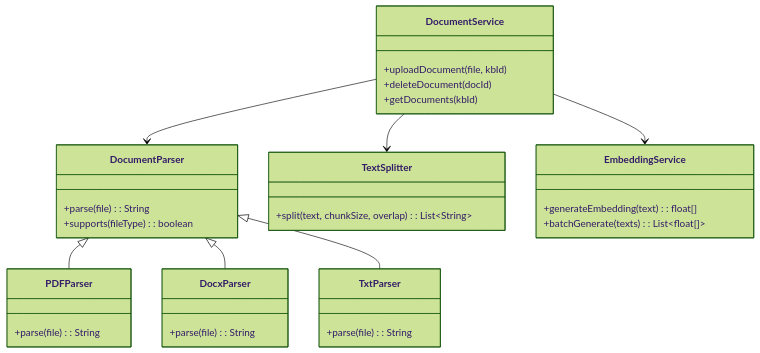
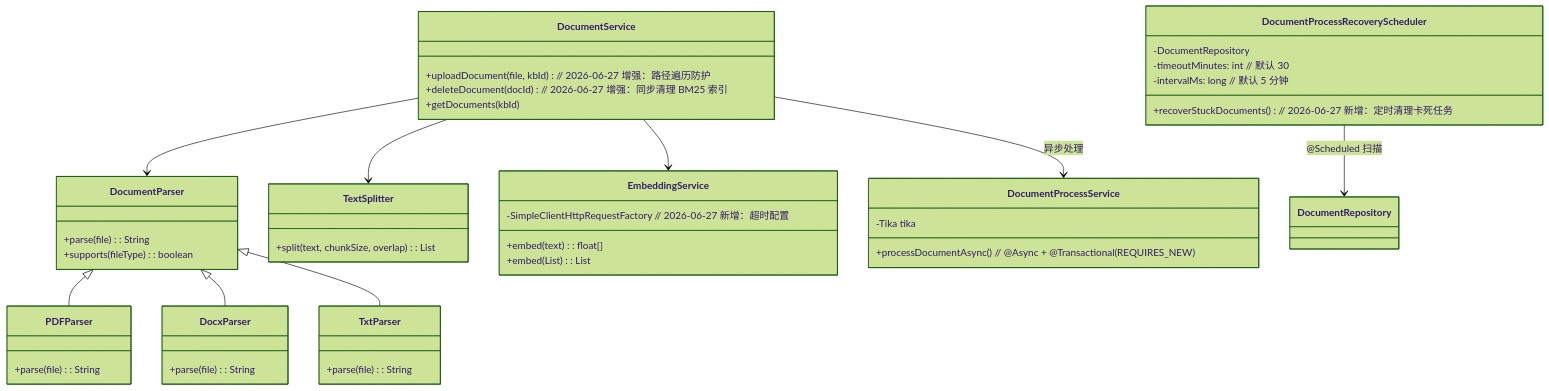
Before and after one commit to Ruadgedy/RAG-demo: the sixth of 13 diagrams in docs/plans/2026-03-15-rag-qa-design.md, drawn with Mermaid (forest theme). The commit also changed other lines of this file and 9 other files, not shown here.

````diff
--- a/docs/plans/2026-03-15-rag-qa-design.md
+++ b/docs/plans/2026-03-15-rag-qa-design.md
@@ -180,41 +248,56 @@
 ```mermaid
 classDiagram
     class DocumentService {
-        +uploadDocument(file, kbId)
-        +deleteDocument(docId)
+        +uploadDocument(file, kbId)  // 2026-06-27 增强：路径遍历防护
+        +deleteDocument(docId)       // 2026-06-27 增强：同步清理 BM25 索引
         +getDocuments(kbId)
     }
-    
+
     class DocumentParser {
         +parse(file): String
         +supports(fileType): boolean
     }
-    
+
     class PDFParser {
         +parse(file): String
     }
-    
+
     class DocxParser {
         +parse(file): String
     }
-    
+
     class TxtParser {
         +parse(file): String
     }
-    
+
     class TextSplitter {
-        +split(text, chunkSize, overlap): List~String~
+        +split(text, chunkSize, overlap): List<String>
     }
-    
+
     class EmbeddingService {
-        +generateEmbedding(text): float[]
-        +batchGenerate(texts): List~float[]~
+        -SimpleClientHttpRequestFactory  // 2026-06-27 新增：超时配置
+        +embed(text): float[]
+        +embed(List<String>): List<float[]>
     }
-    
+
+    class DocumentProcessService {
+        -Tika tika
+        +processDocumentAsync()  // @Async + @Transactional(REQUIRES_NEW)
+    }
+
+    class DocumentProcessRecoveryScheduler {
+        -DocumentRepository
+        -timeoutMinutes: int      // 默认 30
+        -intervalMs: long         // 默认 5 分钟
+        +recoverStuckDocuments()  // 2026-06-27 新增：定时清理卡死任务
+    }
+
     DocumentService --> DocumentParser
     DocumentParser <|-- PDFParser
     DocumentParser <|-- DocxParser
     DocumentParser <|-- TxtParser
     DocumentService --> TextSplitter
     DocumentService --> EmbeddingService
+    DocumentService --> DocumentProcessService : 异步处理
+    DocumentProcessRecoveryScheduler --> DocumentRepository : @Scheduled 扫描
 ```
````
